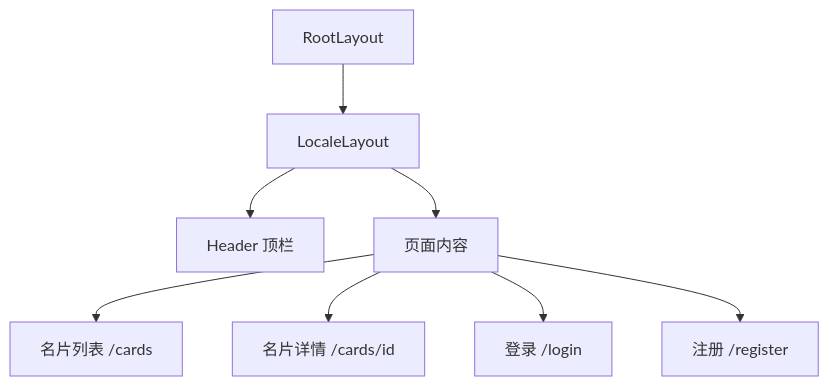
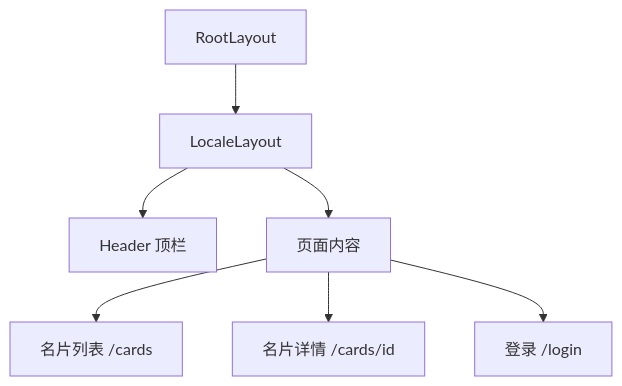
The first of 2 diagrams in Documents/frontend/frontend.md (addicted0010/namecardfolder), drawn with Mermaid before and after one commit. The commit also changed 9 other files, not shown here.

````diff
--- a/Documents/frontend/frontend.md
+++ b/Documents/frontend/frontend.md
@@ -15,11 +15,10 @@
 ```mermaid
 graph TB
     Root[RootLayout] --> LocaleLayout[LocaleLayout]
     LocaleLayout --> Header[Header 顶栏]
     LocaleLayout --> Content[页面内容]
     
     Content --> CardsPage[名片列表 /cards]
     Content --> CardDetail[名片详情 /cards/id]
     Content --> LoginPage[登录 /login]
-    Content --> RegisterPage[注册 /register]
 ```
````
